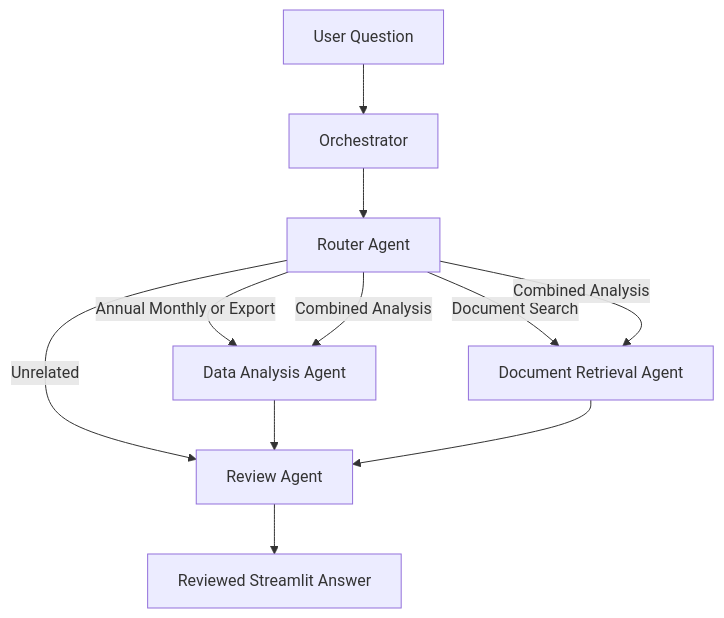
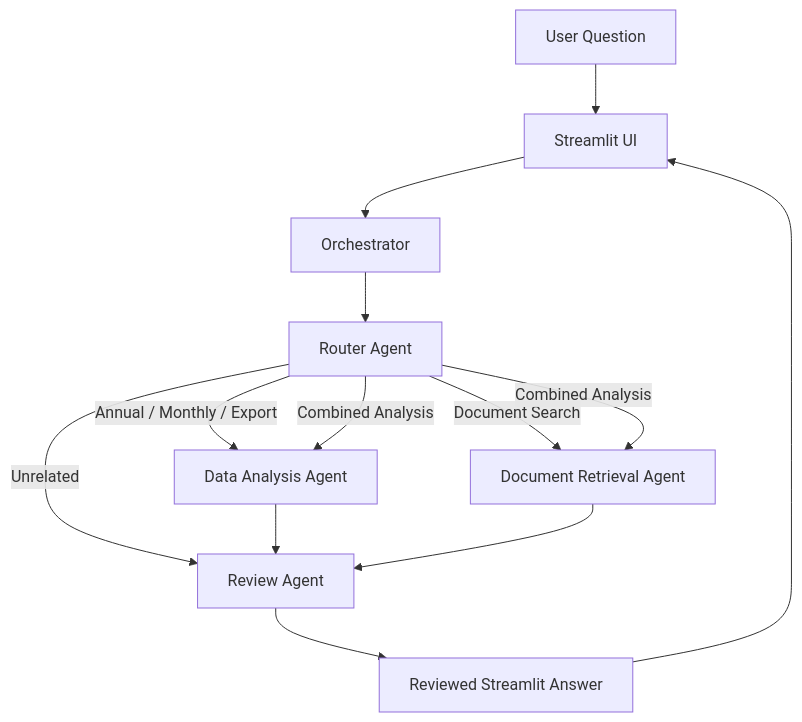
Before and after one commit to Lishani-Samarakoon/sri-lanka-tea-agentic-ai: the first of 2 diagrams in README.md, drawn with Mermaid. The commit also changed other lines of this file, not shown here.

Commit message:
docs: finalize README with diagrams, RAG pipeline and architecture details

````diff
--- a/README.md
+++ b/README.md
@@ -39,15 +57,19 @@
 ```mermaid
 flowchart TD
-    U[User Question] --> O[Orchestrator]
+    U[User Question] --> UI[Streamlit UI]
+    UI --> O[Orchestrator]
+
     O --> R[Router Agent]
 
-    R -->|Annual Monthly or Export| D[Data Analysis Agent]
+    R -->|Annual / Monthly / Export| D[Data Analysis Agent]
     R -->|Document Search| G[Document Retrieval Agent]
     R -->|Combined Analysis| D
     R -->|Combined Analysis| G
     R -->|Unrelated| V[Review Agent]
 
     D --> V
     G --> V
+
     V --> A[Reviewed Streamlit Answer]
+    A --> UI
 ```
````
